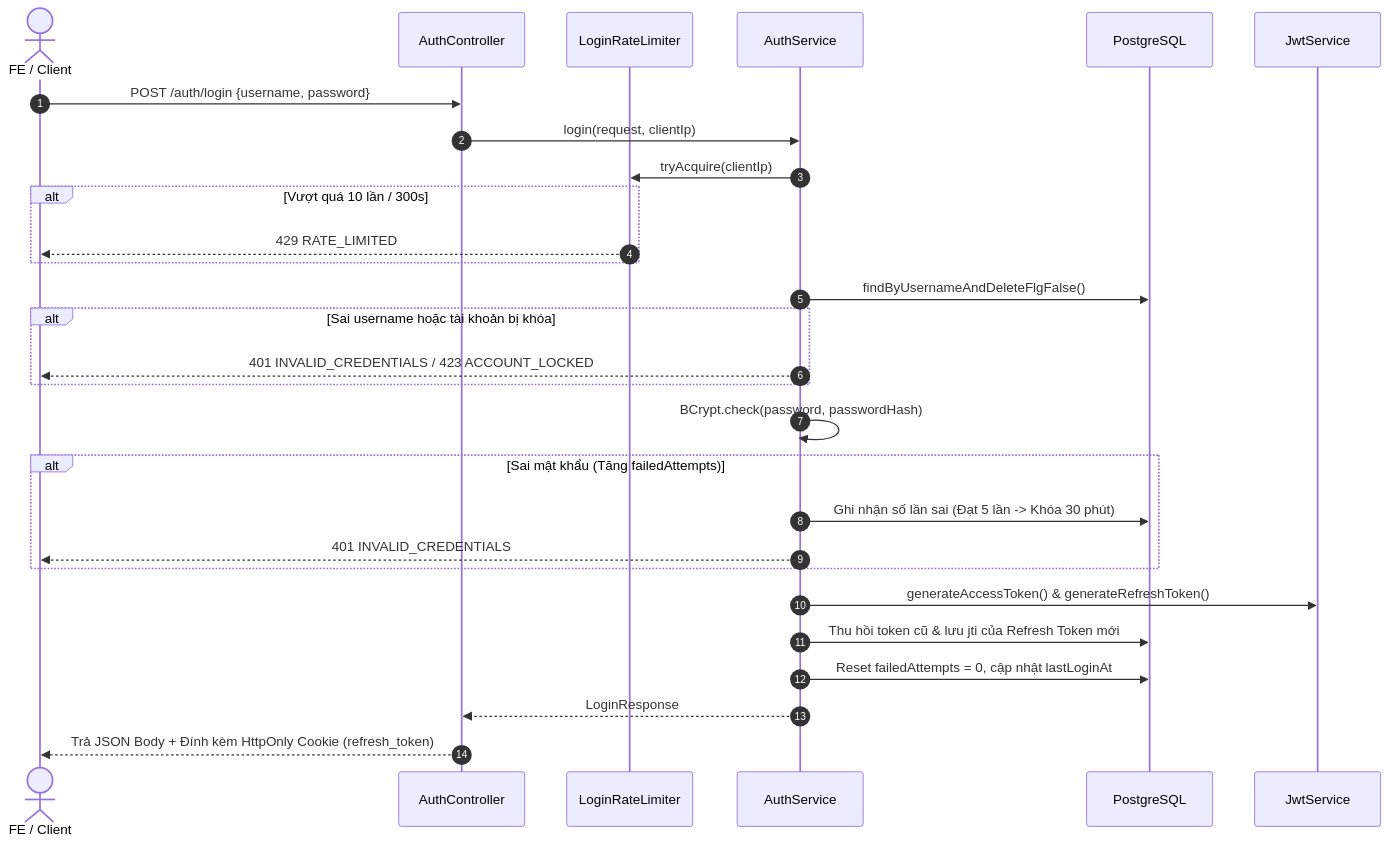
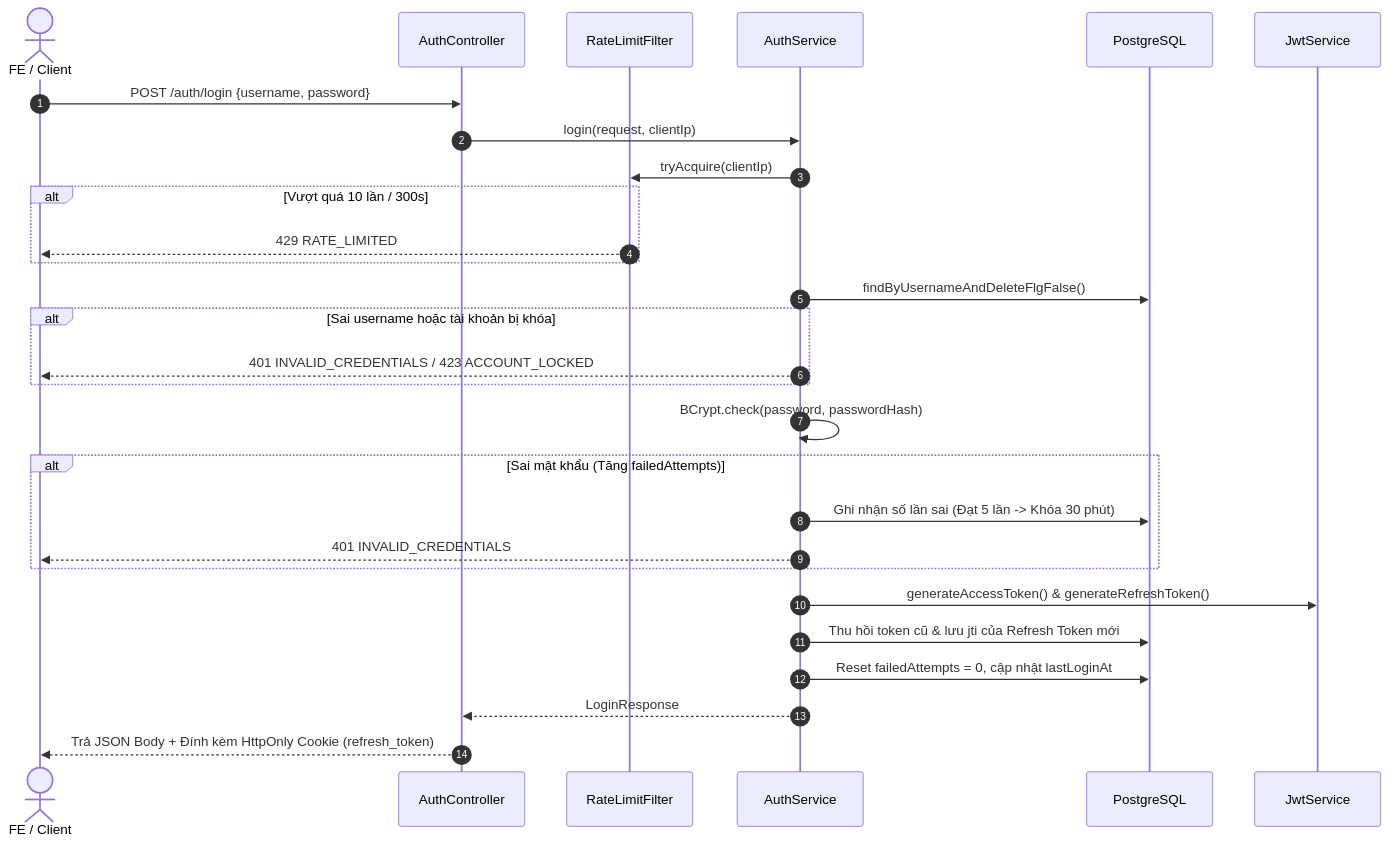
One commit to luannv07/eoffice-be changed the first of 2 diagrams in docs/03_xac-thuc-va-bao-mat-jwt.md. Above: the diagram before and after it, drawn with Mermaid. The commit also changed other lines of this file and 13 other files, not shown here.

````diff
--- a/docs/03_xac-thuc-va-bao-mat-jwt.md
+++ b/docs/03_xac-thuc-va-bao-mat-jwt.md
@@ -19,31 +19,31 @@
 ```mermaid
 sequenceDiagram
     autonumber
     actor Client as FE / Client
     participant Controller as AuthController
-    participant Limiter as LoginRateLimiter
+    participant Limiter as RateLimitFilter
     participant Service as AuthService
     participant DB as PostgreSQL
     participant Jwt as JwtService
 
     Client->>Controller: POST /auth/login {username, password}
     Controller->>Service: login(request, clientIp)
     Service->>Limiter: tryAcquire(clientIp)
     alt Vượt quá 10 lần / 300s
         Limiter-->>Client: 429 RATE_LIMITED
     end
     Service->>DB: findByUsernameAndDeleteFlgFalse()
     alt Sai username hoặc tài khoản bị khóa
         Service-->>Client: 401 INVALID_CREDENTIALS / 423 ACCOUNT_LOCKED
     end
     Service->>Service: BCrypt.check(password, passwordHash)
     alt Sai mật khẩu (Tăng failedAttempts)
         Service->>DB: Ghi nhận số lần sai (Đạt 5 lần -> Khóa 30 phút)
         Service-->>Client: 401 INVALID_CREDENTIALS
     end
     Service->>Jwt: generateAccessToken() & generateRefreshToken()
     Service->>DB: Thu hồi token cũ & lưu jti của Refresh Token mới
     Service->>DB: Reset failedAttempts = 0, cập nhật lastLoginAt
     Service-->>Controller: LoginResponse
     Controller-->>Client: Trả JSON Body + Đính kèm HttpOnly Cookie (refresh_token)
 ```
````
